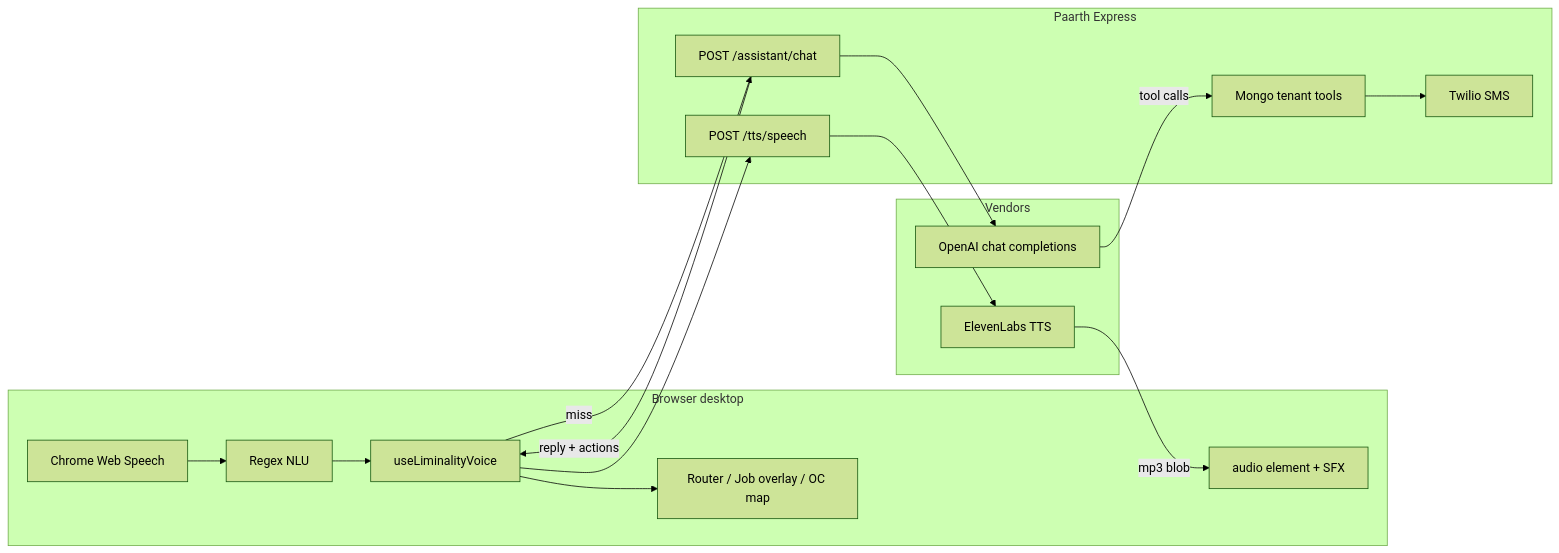
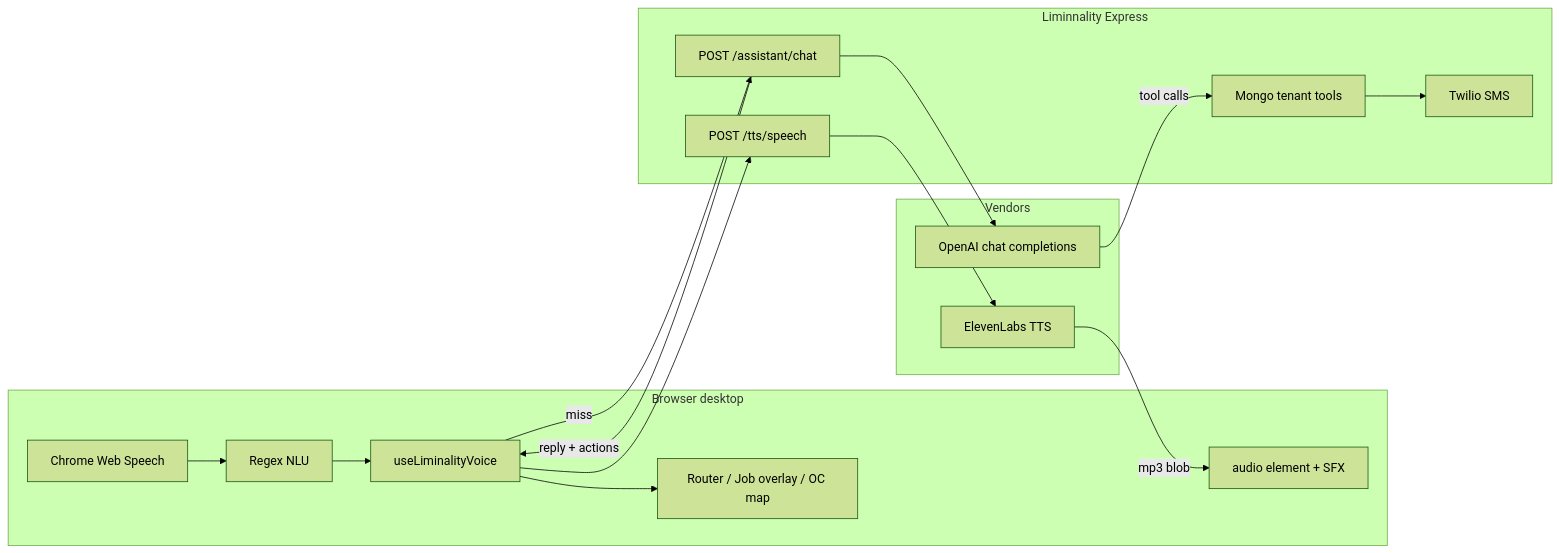
One commit to JakeEstrada/Liminnality changed the diagram in liminalVoice.md. Above: the diagram before and after it, drawn with Mermaid (forest theme). The commit also changed other lines of this file and 18 other files, not shown here.

````diff
--- a/liminalVoice.md
+++ b/liminalVoice.md
@@ -173,31 +172,31 @@
 ```mermaid
 flowchart LR
   subgraph browser [Browser desktop]
     MIC[Chrome Web Speech]
     NLU[Regex NLU]
     HOOK[useLiminalityVoice]
     AUDIO["audio element + SFX"]
     UI[Router / Job overlay / OC map]
   end
 
-  subgraph api [Paarth Express]
+  subgraph api [Liminnality Express]
     CHAT["POST /assistant/chat"]
     TTS["POST /tts/speech"]
     DATA[Mongo tenant tools]
     TW[Twilio SMS]
   end
 
   subgraph vendors [Vendors]
     OA[OpenAI chat completions]
     EL[ElevenLabs TTS]
   end
 
   MIC --> NLU --> HOOK
   HOOK -->|miss| CHAT --> OA
   OA -->|tool calls| DATA
   DATA --> TW
   CHAT -->|reply + actions| HOOK
   HOOK --> UI
   HOOK --> TTS --> EL
   EL -->|mp3 blob| AUDIO
 ```
````
